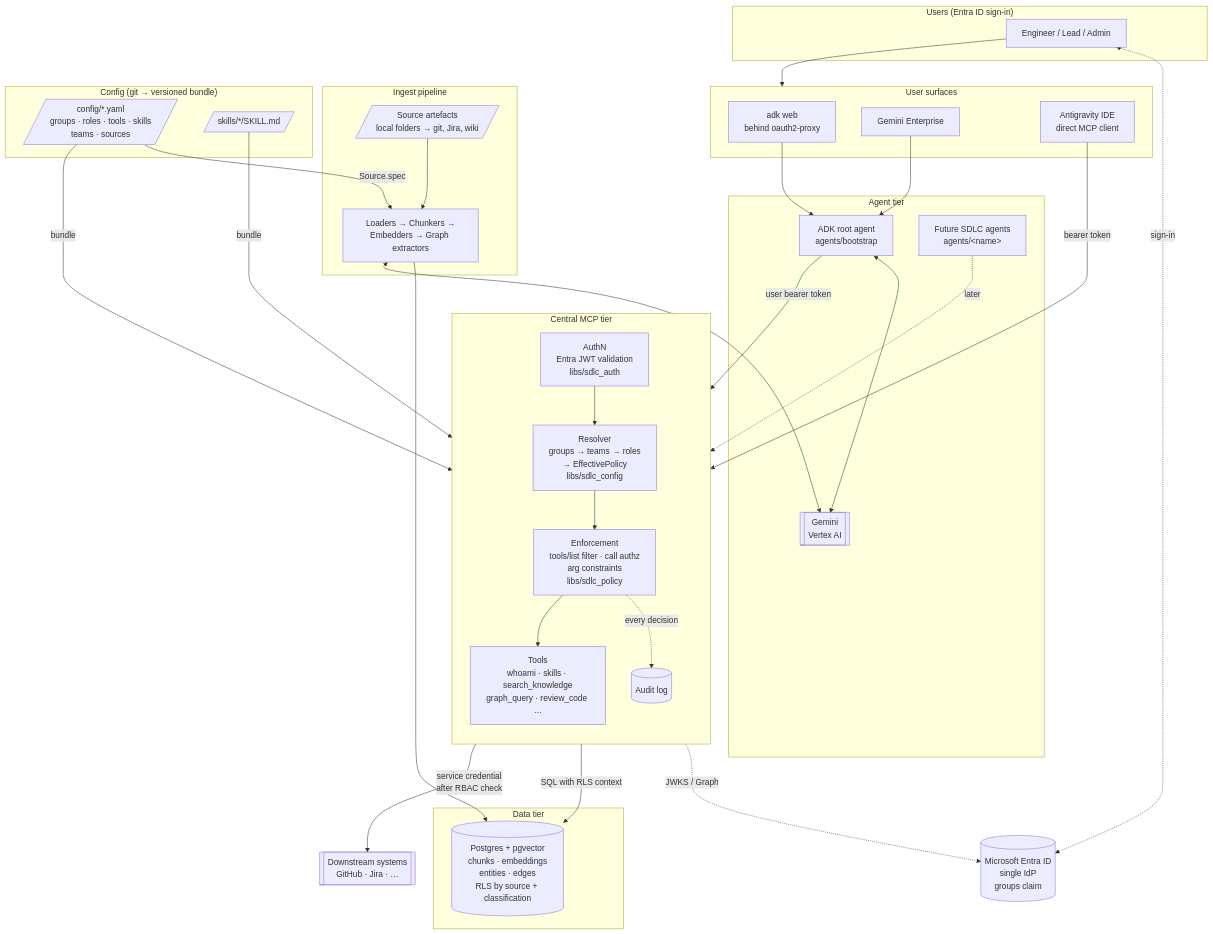
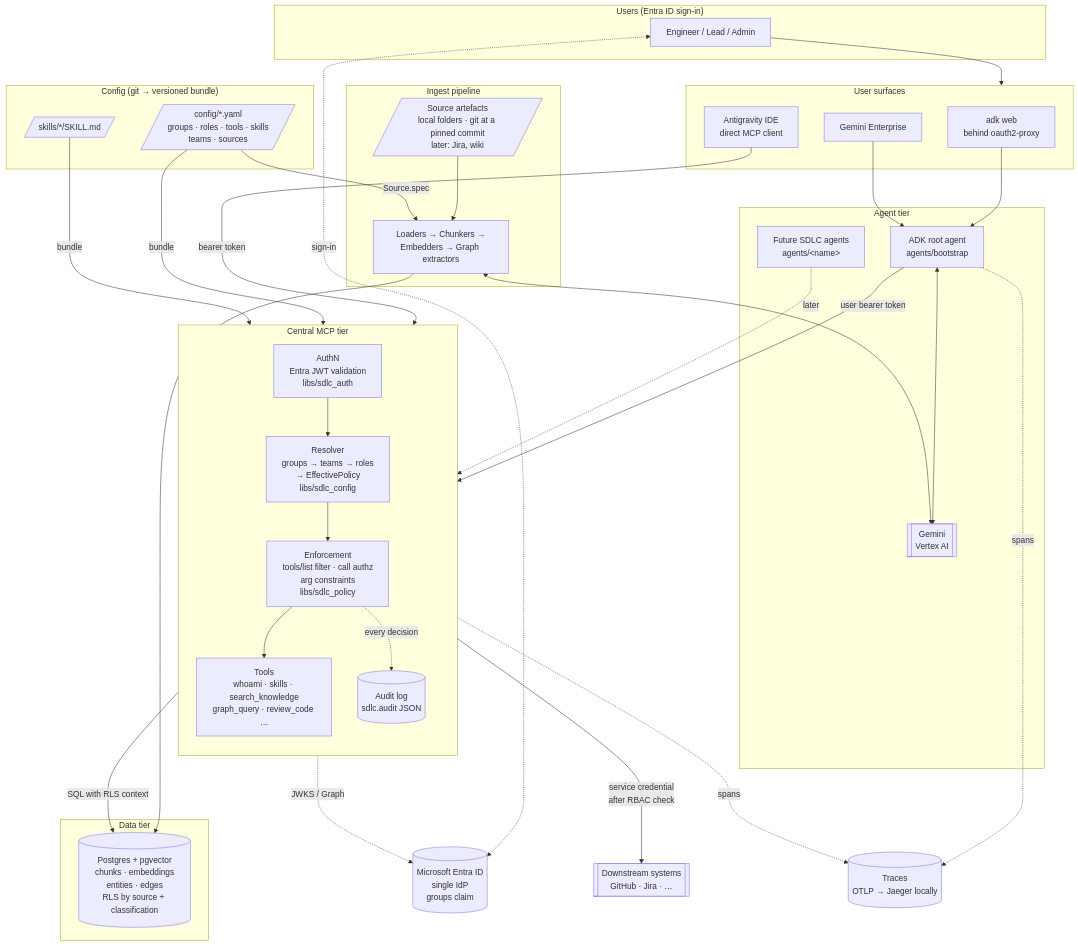
One commit to shaheenks/agentic-sdlc-core changed the first of 6 diagrams in docs/ARCHITECTURE.md. Above: the diagram before and after it, drawn with Mermaid. The commit also changed other lines of this file and 4 other files, not shown here.

````diff
--- a/docs/ARCHITECTURE.md
+++ b/docs/ARCHITECTURE.md
@@ -20,64 +20,67 @@
 ```mermaid
 flowchart TB
     subgraph Users["Users (Entra ID sign-in)"]
         U1[Engineer / Lead / Admin]
     end
 
     subgraph Surfaces["User surfaces"]
         S1[adk web<br/>behind oauth2-proxy]
         S2[Gemini Enterprise]
         S3[Antigravity IDE<br/>direct MCP client]
     end
 
     Entra[(Microsoft Entra ID<br/>single IdP<br/>groups claim)]
 
     subgraph AgentTier["Agent tier"]
         A1[ADK root agent<br/>agents/bootstrap]
         A2[Future SDLC agents<br/>agents/&lt;name&gt;]
         LLM[[Gemini<br/>Vertex AI]]
     end
 
     subgraph ToolTier["Central MCP tier"]
         direction TB
         AUTH[AuthN<br/>Entra JWT validation<br/>libs/sdlc_auth]
         RES[Resolver<br/>groups → teams → roles<br/>→ EffectivePolicy<br/>libs/sdlc_config]
         ENF[Enforcement<br/>tools/list filter · call authz<br/>arg constraints<br/>libs/sdlc_policy]
         TOOLS[Tools<br/>whoami · skills · search_knowledge<br/>graph_query · review_code …]
-        AUD[(Audit log)]
+        AUD[(Audit log<br/>sdlc.audit JSON)]
         AUTH --> RES --> ENF --> TOOLS
         ENF -. every decision .-> AUD
     end
 
     subgraph Data["Data tier"]
         PG[(Postgres + pgvector<br/>chunks · embeddings<br/>entities · edges<br/>RLS by source + classification)]
     end
 
     subgraph Ingest["Ingest pipeline"]
         I1[Loaders → Chunkers →<br/>Embedders → Graph extractors]
-        SRC[/Source artefacts<br/>local folders → git, Jira, wiki/]
+        SRC[/Source artefacts<br/>local folders · git at a pinned commit<br/>later: Jira, wiki/]
     end
 
     subgraph Config["Config (git → versioned bundle)"]
         CFG[/config/*.yaml<br/>groups · roles · tools · skills<br/>teams · sources/]
         SK[/skills/*/SKILL.md/]
     end
 
     DS[[Downstream systems<br/>GitHub · Jira · …]]
+    OTEL[(Traces<br/>OTLP → Jaeger locally)]
 
     U1 --> Surfaces
     U1 <-. sign-in .-> Entra
     S1 --> A1
     S2 --> A1
     S3 -- "bearer token" --> AUTH
     A1 -- "user bearer token" --> AUTH
     A1 <--> LLM
     A2 -. later .-> AUTH
     AUTH -. JWKS / Graph .-> Entra
     TOOLS -- "SQL with RLS context" --> PG
     TOOLS -- "service credential<br/>after RBAC check" --> DS
     SRC --> I1 --> PG
     CFG -- bundle --> RES
     SK -- bundle --> TOOLS
     CFG -- Source.spec --> I1
     I1 <--> LLM
+    A1 -. spans .-> OTEL
+    TOOLS -. spans .-> OTEL
 ```
````
